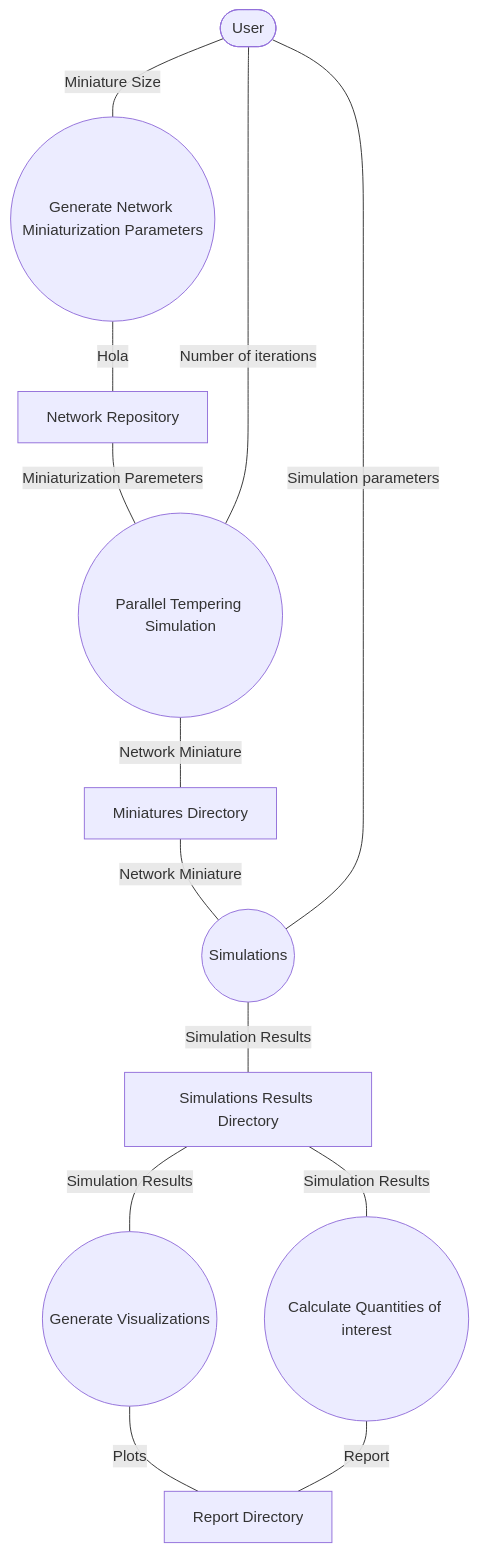
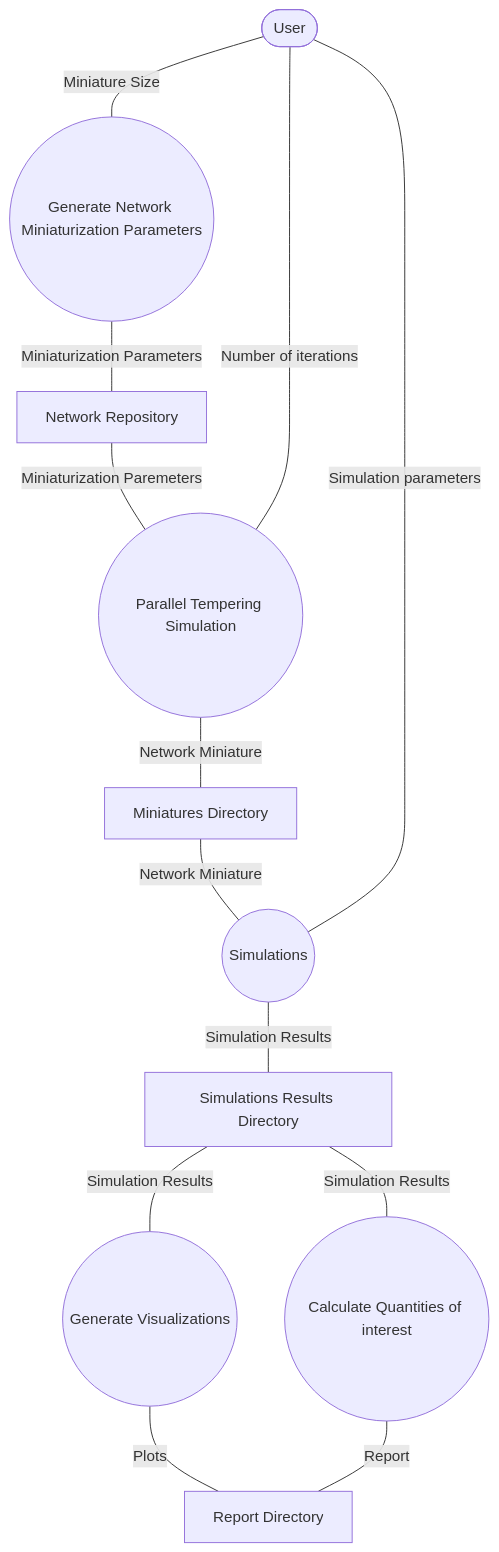
Before and after one commit to martjor/minigraphs: the diagram in dfd.md, drawn with Mermaid.

Commit message:
Copied DFD to mermaid

````diff
--- a/dfd.md
+++ b/dfd.md
@@ -1,36 +1,36 @@
 ```mermaid
 flowchart TD;
     %% Processes
     proc:params((Generate Network Miniaturization Parameters))
     proc:pt((Parallel Tempering Simulation))
     proc:simulations((Simulations))
     proc:viz((Generate Visualizations))
     proc:qois((Calculate Quantities of interest))
 
     %% Data Stores
     ds:net_repo[Network Repository]
     ds:dir_min[Miniatures Directory]
     ds:dir_sims[Simulations Results Directory]
     ds:dir_report[Report Directory]
     %% Entities
 
     %% Entities
     ent:user([User])
 
     %%  Wiring
-    proc:params-- Hola ---ds:net_repo
+    proc:params-- Miniaturization Parameters ---ds:net_repo
     ds:net_repo-- Miniaturization Paremeters ---proc:pt
     proc:pt-- Network Miniature ---ds:dir_min
     ds:dir_min-- Network Miniature ---proc:simulations
     proc:simulations-- Simulation Results ---ds:dir_sims
 
     ds:dir_sims-- Simulation Results ---proc:viz
     ds:dir_sims-- Simulation Results ---proc:qois
 
     proc:viz-- Plots ---ds:dir_report
     proc:qois-- Report ---ds:dir_report
 
     ent:user-- Miniature Size ---proc:params
     ent:user-- Number of iterations ---proc:pt
     ent:user-- Simulation parameters ---proc:simulations
 ```
````
